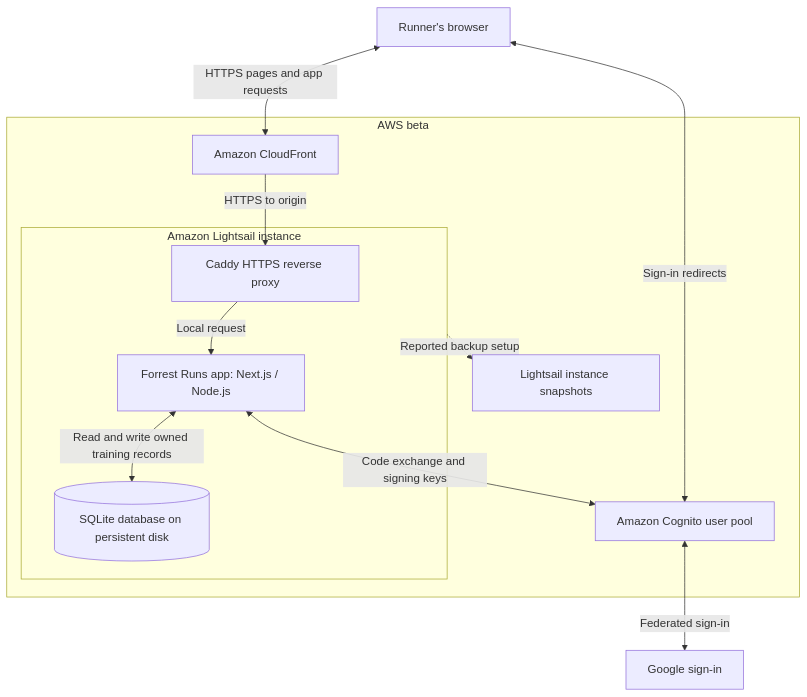
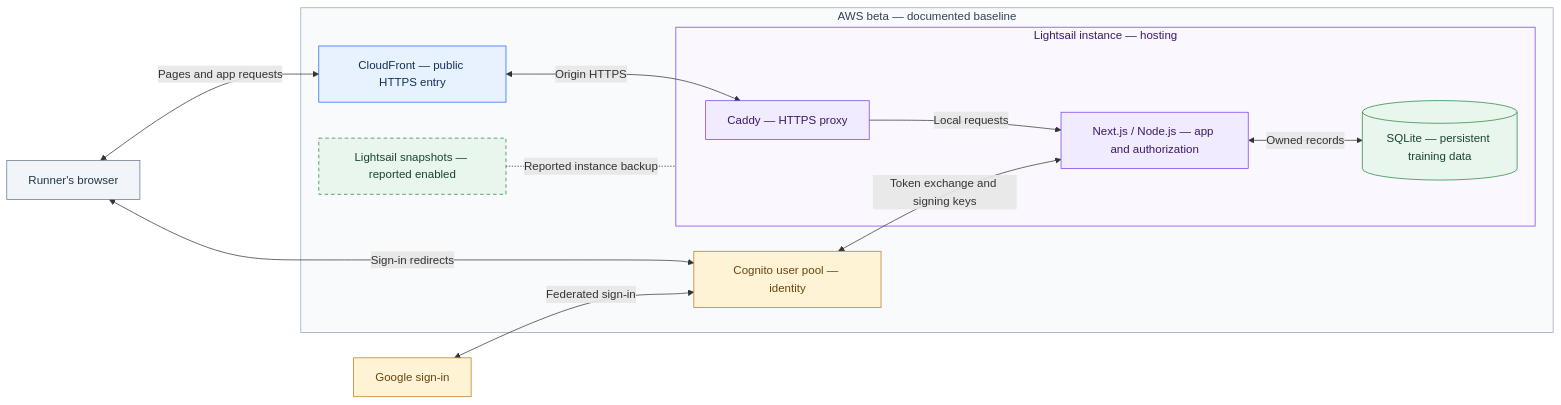
Before and after one commit to HewieTran/forrest-runs: the first of 2 diagrams in docs/architecture.md, drawn with Mermaid. The commit also changed other lines of this file, not shown here.

Commit message:
docs: use horizontal color-coded architecture diagrams

````diff
--- a/docs/architecture.md
+++ b/docs/architecture.md
@@ -30,25 +47,40 @@
 ```mermaid
-flowchart TB
+flowchart LR
     browser["Runner's browser"]
     google["Google sign-in"]
 
-    subgraph aws["AWS beta"]
-        edge["Amazon CloudFront"]
-        cognito["Amazon Cognito user pool"]
-        subgraph host["Amazon Lightsail instance"]
-            caddy["Caddy HTTPS reverse proxy"]
-            app["Forrest Runs app: Next.js / Node.js"]
-            db[("SQLite database on persistent disk")]
-            caddy -->|"Local request"| app
-            app <-->|"Read and write owned training records"| db
+    subgraph aws["AWS beta — documented baseline"]
+        edge["CloudFront — public HTTPS entry"]
+        cognito["Cognito user pool — identity"]
+        snapshots["Lightsail snapshots — reported enabled"]
+        subgraph host["Lightsail instance — hosting"]
+            caddy["Caddy — HTTPS proxy"]
+            app["Next.js / Node.js — app and authorization"]
+            db[("SQLite — persistent training data")]
+            caddy -->|"Local requests"| app
+            app <-->|"Owned records"| db
         end
-        snapshots["Lightsail instance snapshots"]
-        edge -->|"HTTPS to origin"| caddy
-        app <-->|"Code exchange and signing keys"| cognito
-        host -.->|"Reported backup setup"| snapshots
+        edge <-->|"Origin HTTPS"| caddy
+        cognito <-->|"Token exchange and signing keys"| app
+        snapshots -.-|"Reported instance backup"| host
     end
 
-    browser <-->|"HTTPS pages and app requests"| edge
+    browser <-->|"Pages and app requests"| edge
     browser <-->|"Sign-in redirects"| cognito
-    cognito <-->|"Federated sign-in"| google
+    google <-->|"Federated sign-in"| cognito
+
+    classDef client fill:#F1F5F9,stroke:#64748B,color:#243447
+    classDef network fill:#E8F2FF,stroke:#2563EB,color:#12315A
+    classDef compute fill:#F1EBFF,stroke:#7C3AED,color:#3B1A66
+    classDef identity fill:#FFF3D6,stroke:#B7791F,color:#68450F
+    classDef storage fill:#E9F6EE,stroke:#238636,color:#17452B
+    classDef reported fill:#E9F6EE,stroke:#238636,color:#17452B,stroke-dasharray:5 4
+    class browser client
+    class edge network
+    class caddy,app compute
+    class cognito,google identity
+    class db storage
+    class snapshots reported
+    style aws fill:#F8FAFC,stroke:#94A3B8,color:#334155
+    style host fill:#FAF7FF,stroke:#7C3AED,color:#3B1A66
 ```
````
